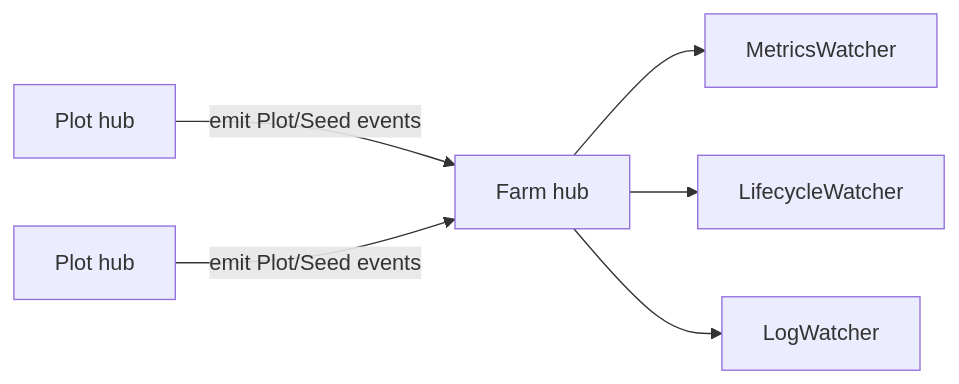
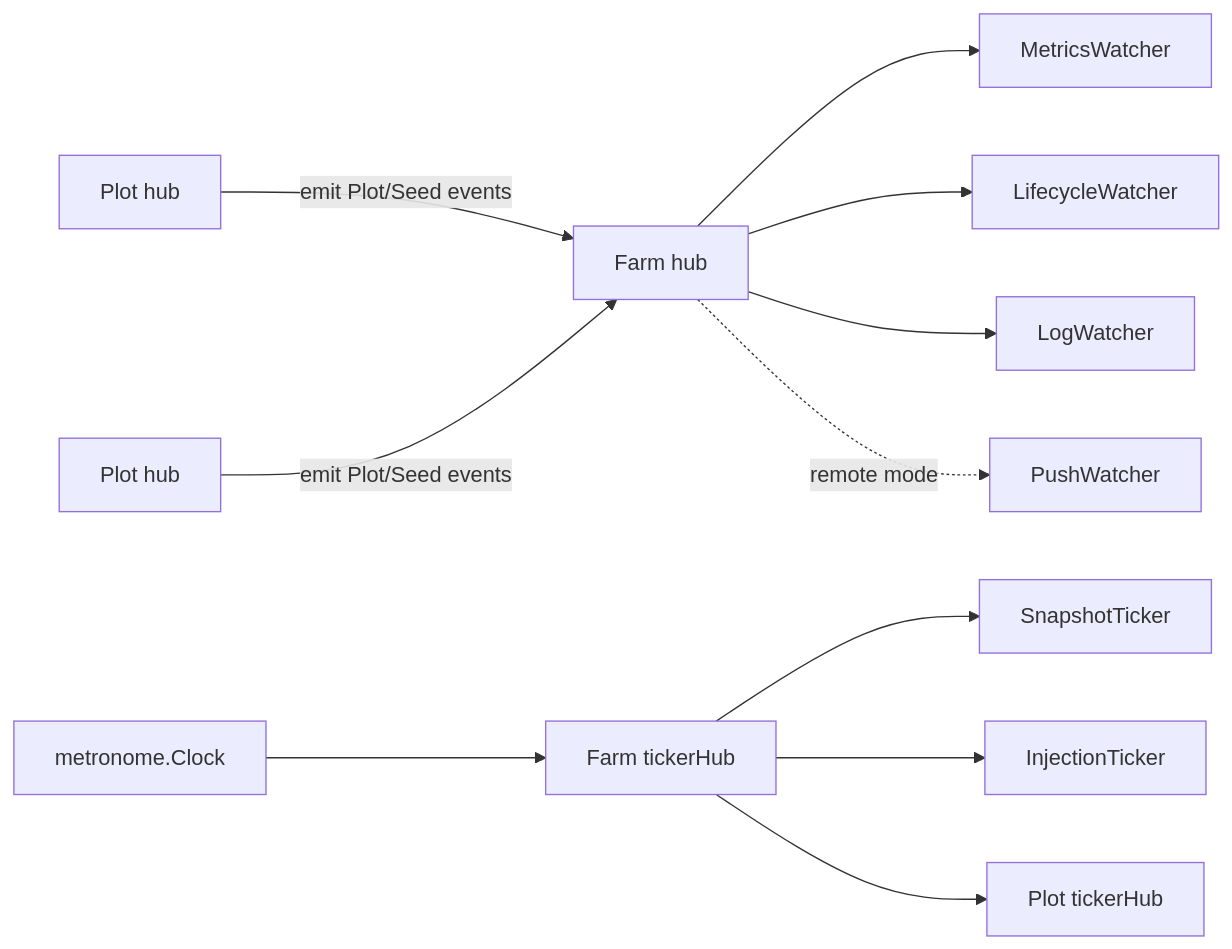
One commit to Mr-xiaotian/CelestialGrow changed the second of 2 diagrams in docs/en/pkg/assembly/assembly.md. Above: the diagram before and after it, drawn with Mermaid. The commit also changed other lines of this file and 99 other files, not shown here.

````diff
--- a/docs/en/pkg/assembly/assembly.md
+++ b/docs/en/pkg/assembly/assembly.md
@@ -180,8 +227,14 @@
 ```mermaid
 flowchart LR
     P1[Plot hub] -->|emit Plot/Seed events| FH[Farm hub]
     P2[Plot hub] -->|emit Plot/Seed events| FH
     FH --> M[MetricsWatcher]
     FH --> LC[LifecycleWatcher]
     FH --> L[LogWatcher]
+    FH -.remote mode.-> PW[PushWatcher]
+
+    CLK[metronome.Clock] --> TH[Farm tickerHub]
+    TH --> ST[SnapshotTicker]
+    TH --> IT[InjectionTicker]
+    TH --> PH1[Plot tickerHub]
 ```
````
